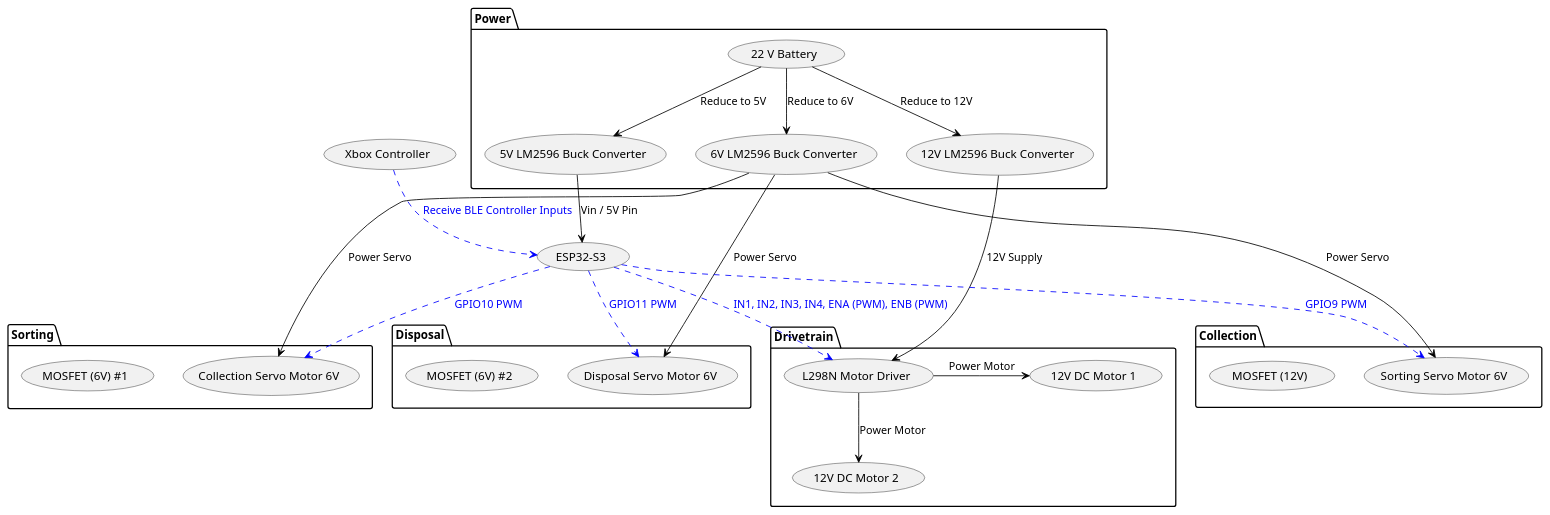
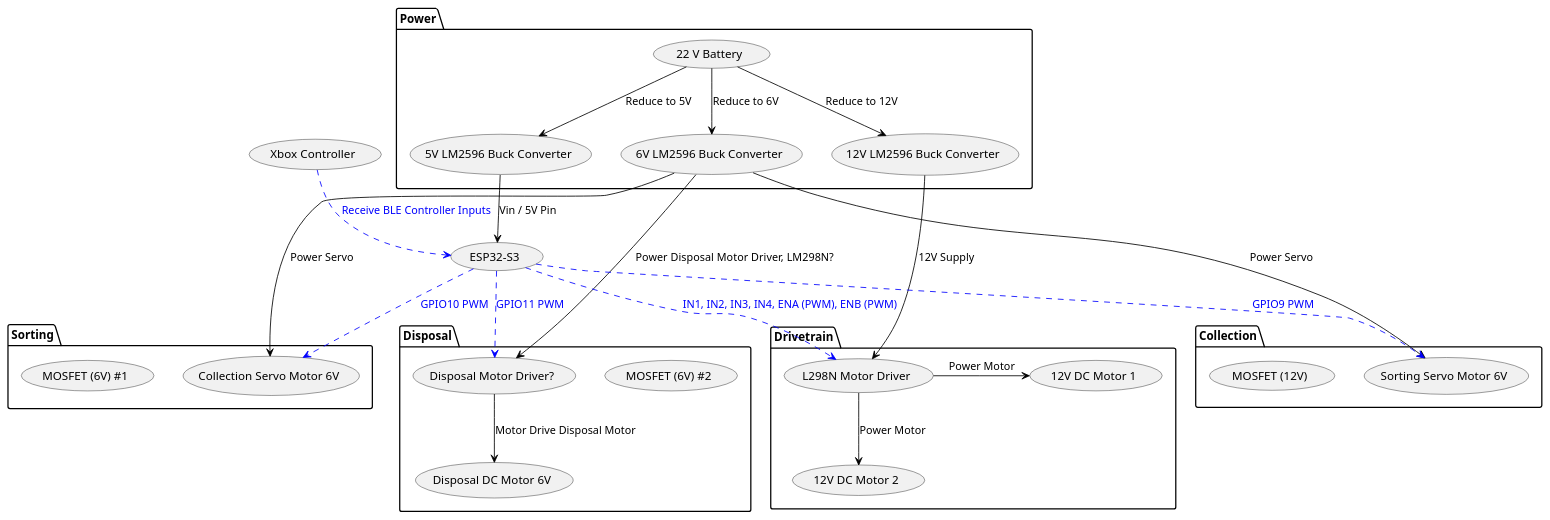
One commit to RajitTalluri/ASME_SDC_-25--26 changed the diagram in Documentation/Diagram/Diagram/Diagram1.plantuml. Above: the diagram before and after it, drawn with PlantUML. The commit also changed 1 other file, not shown here.

Commit message:
uodated diagram script

```diff
--- a/Documentation/Diagram/Diagram/Diagram1.plantuml
+++ b/Documentation/Diagram/Diagram/Diagram1.plantuml
@@ -1,59 +1,61 @@
 @startuml ASME SDC 25-26 Diagram
 
 package Power {
 usecase "22 V Battery" as B
 usecase "12V LM2596 Buck Converter" as BC12
 usecase "6V LM2596 Buck Converter" as BC6
 usecase "5V LM2596 Buck Converter" as BC5
 }
 
 package Drivetrain {
     usecase "L298N Motor Driver" as L298N
     usecase "12V DC Motor 1" as DC1
     usecase "12V DC Motor 2" as DC2
 }
 
 package Collection {
     usecase "Sorting Servo Motor 6V" as SSM
     usecase "MOSFET (12V)" as MOS12
 }
 
 package Sorting {
     usecase "Collection Servo Motor 6V" as CSM
     usecase "MOSFET (6V) #1" as MOS61
 }
 
 package Disposal {
-    usecase "Disposal Servo Motor 6V" as DSM
+    usecase "Disposal DC Motor 6V" as DSM
     usecase "MOSFET (6V) #2" as MOS62
+    usecase "Disposal Motor Driver?" as DMD
 }
 
 
 (Xbox Controller) ..> (ESP32-S3) #blue;text:blue : Receive BLE Controller Inputs
 
 
 'POWER
 B --> BC12 #black;text:black : Reduce to 12V
 B --> BC6 #black;text:black : Reduce to 6V
 B --> BC5 #black;text:black : Reduce to 5V
 
 BC12 --> L298N #black;text:black : 12V Supply
 L298N-> DC1 #black;text:black : Power Motor
 L298N --> DC2 #black;text:black : Power Motor
 
 BC5 --> (ESP32-S3) #black;text:black : Vin / 5V Pin
 
 BC6 --> SSM #black;text:black : Power Servo
 BC6 --> CSM #black;text:black : Power Servo
-BC6 --> DSM #black;text:black : Power Servo
+BC6 --> DMD #black;text:black : Power Disposal Motor Driver, LM298N?
+DMD --> DSM #black;text:black : Motor Drive Disposal Motor
 
 'Pins
 (ESP32-S3) ..> L298N #blue;text:blue : IN1, IN2, IN3, IN4, ENA (PWM), ENB (PWM)
 ' IN1-->GPIO6, IN2-->GPIO7, IN3-->GPIO15, IN4-->GPIO16, ENA-->GPIO17, ENB-->GPIO18
 
 (ESP32-S3) ..> SSM #blue;text:blue : GPIO9 PWM
 (ESP32-S3) ..> CSM #blue;text:blue : GPIO10 PWM
-(ESP32-S3) ..> DSM #blue;text:blue : GPIO11 PWM
+(ESP32-S3) ..> DMD #blue;text:blue : GPIO11 PWM
 
 
 @enduml
```
